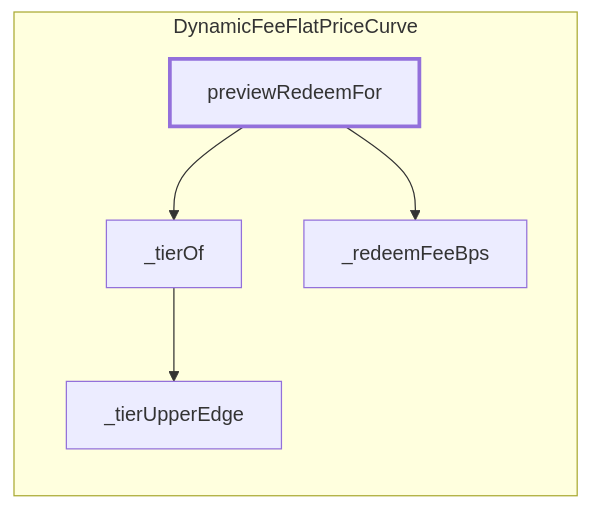
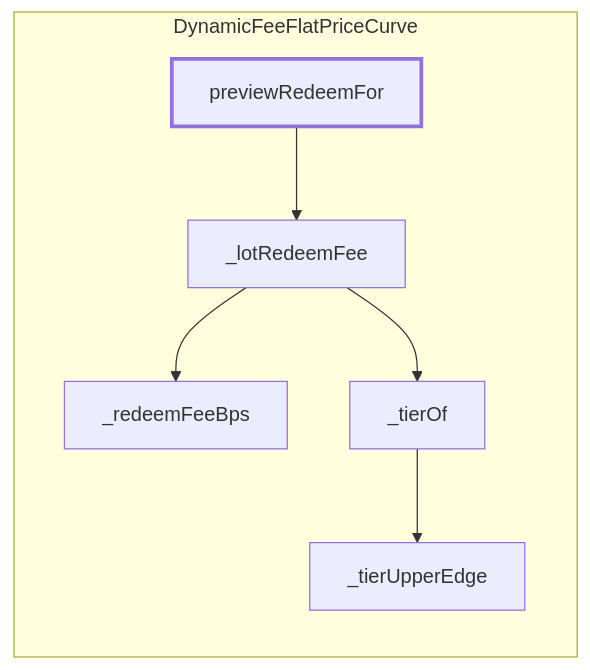
The diagram in docs/call-flows/generated/curve-preview-redeem-for.md (0xIntuition/intuition-contracts-v2), drawn with Mermaid before and after one commit. The commit also changed other lines of this file and 26 other files, not shown here.

Commit message:
fix: per-lot position accounting and an occupancy-weighted fee spread on the dynamic-fee curve (5.1, 5.3)

````diff
--- a/docs/call-flows/generated/curve-preview-redeem-for.md
+++ b/docs/call-flows/generated/curve-preview-redeem-for.md
@@ -11,13 +11,15 @@
 ```mermaid
 flowchart LR
   subgraph DynamicFeeFlatPriceCurve["DynamicFeeFlatPriceCurve"]
+    DynamicFeeFlatPriceCurve__lotRedeemFee["_lotRedeemFee"]
+    DynamicFeeFlatPriceCurve__redeemFeeBps["_redeemFeeBps"]
     DynamicFeeFlatPriceCurve__tierOf["_tierOf"]
     DynamicFeeFlatPriceCurve__tierUpperEdge["_tierUpperEdge"]
-    DynamicFeeFlatPriceCurve__redeemFeeBps["_redeemFeeBps"]
     DynamicFeeFlatPriceCurve_previewRedeemFor["previewRedeemFor"]
   end
-  DynamicFeeFlatPriceCurve_previewRedeemFor --> DynamicFeeFlatPriceCurve__tierOf
-  DynamicFeeFlatPriceCurve_previewRedeemFor --> DynamicFeeFlatPriceCurve__redeemFeeBps
+  DynamicFeeFlatPriceCurve_previewRedeemFor --> DynamicFeeFlatPriceCurve__lotRedeemFee
+  DynamicFeeFlatPriceCurve__lotRedeemFee --> DynamicFeeFlatPriceCurve__redeemFeeBps
+  DynamicFeeFlatPriceCurve__lotRedeemFee --> DynamicFeeFlatPriceCurve__tierOf
   DynamicFeeFlatPriceCurve__tierOf --> DynamicFeeFlatPriceCurve__tierUpperEdge
   style DynamicFeeFlatPriceCurve_previewRedeemFor stroke-width:3px
 ```
````
